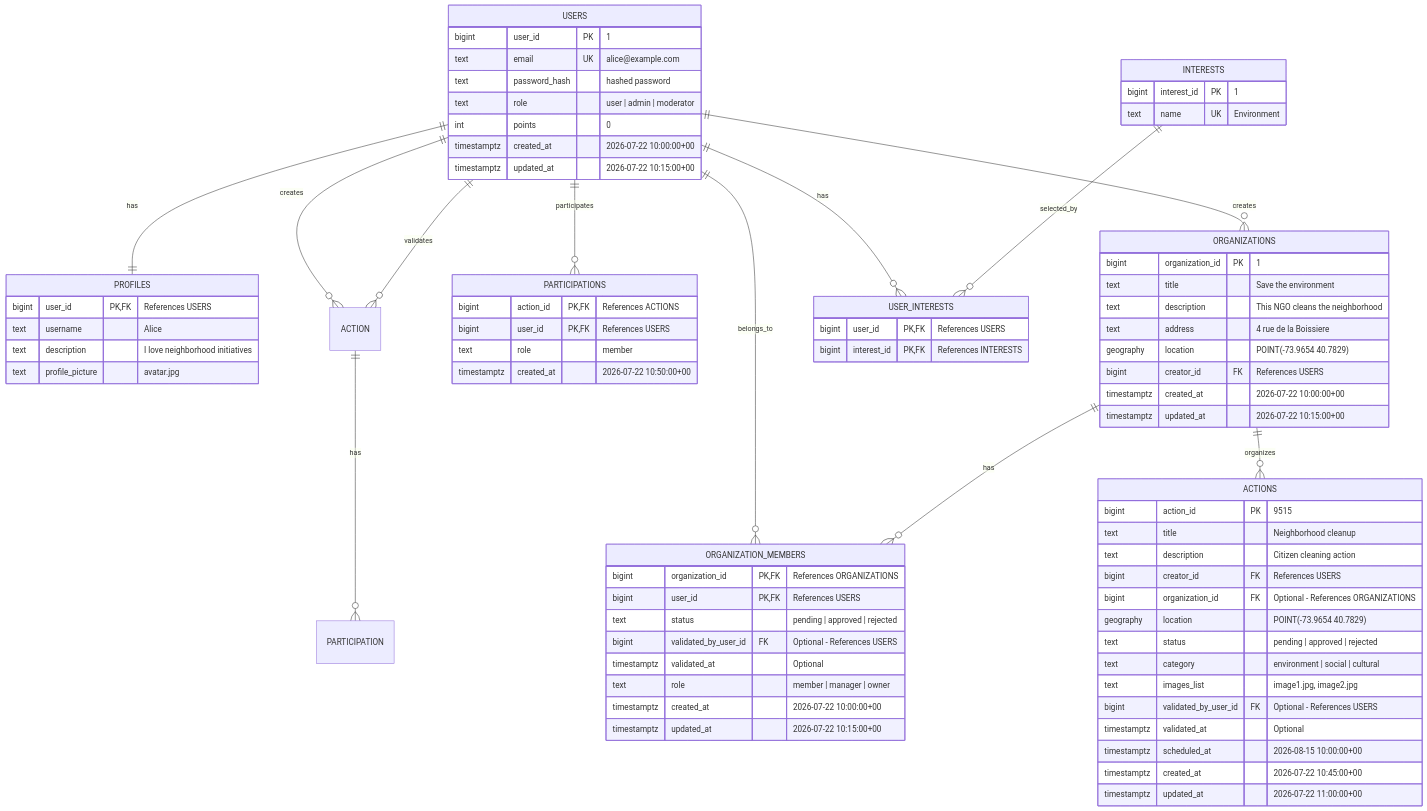
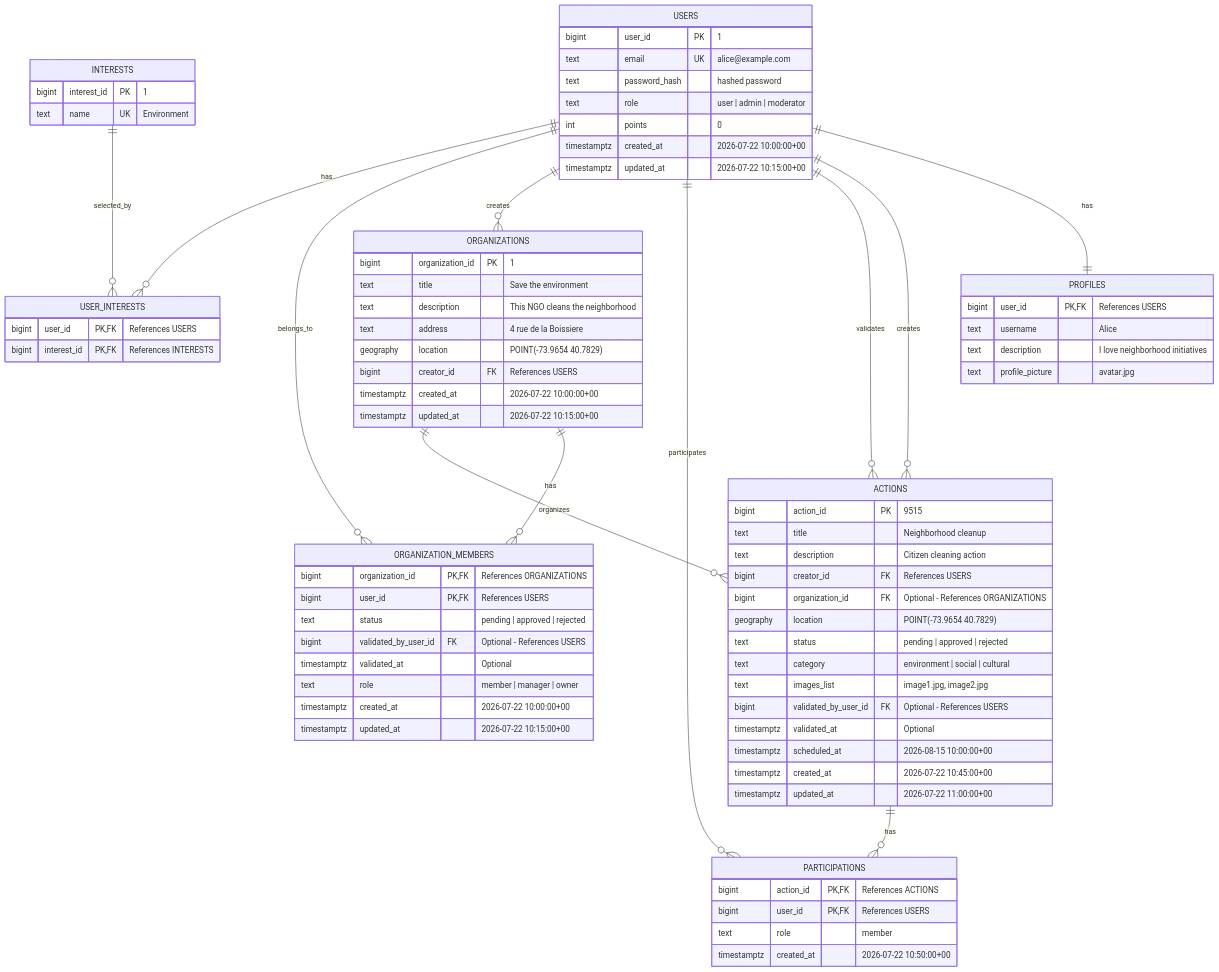
Before and after one commit to Pioupiounade/Transcendance: the diagram in Docs/database.md, drawn with Mermaid. The commit also changed 1 other file, not shown here.

Commit message:
modifs db

````diff
--- a/Docs/database.md
+++ b/Docs/database.md
@@ -5,12 +5,12 @@
 ```mermaid
    erDiagram
-   
-   USERS ||--|| PROFILES : has
 
-    USERS ||--o{ ACTION : creates
-    USERS ||--o{ ACTION : validates
+	USERS ||--|| PROFILES : has
+
+    USERS ||--o{ ACTIONS : creates
+    USERS ||--o{ ACTIONS : validates
     USERS ||--o{ PARTICIPATIONS : participates
-    ACTION ||--o{ PARTICIPATION : has
+    ACTIONS ||--o{ PARTICIPATIONS : has
 
     USERS ||--o{ ORGANIZATIONS : creates
     USERS ||--o{ ORGANIZATION_MEMBERS : belongs_to
````
